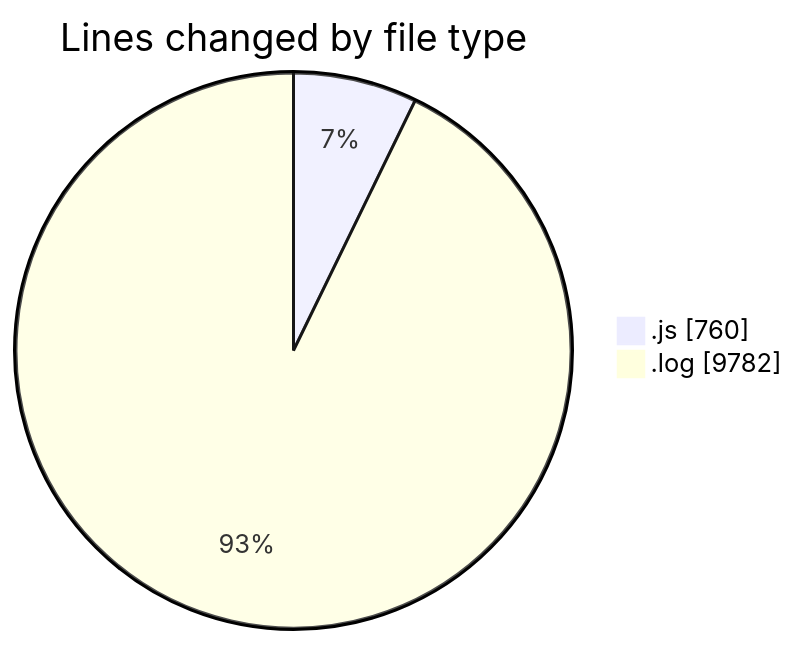
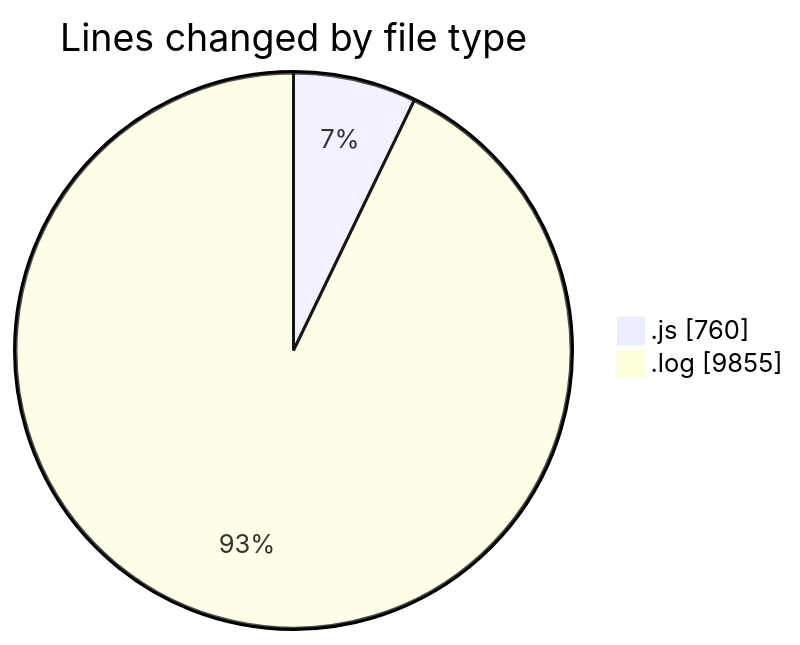
One commit to BS-eng2023/code-tracking changed the first of 2 diagrams in 2025-04-04/jsvms/README.md. Above: the diagram before and after it, drawn with Mermaid. The commit also changed other lines of this file and 1 other file, not shown here.

````diff
--- a/2025-04-04/jsvms/README.md
+++ b/2025-04-04/jsvms/README.md
@@ -28,6 +28,6 @@
 ```mermaid
 pie showData
 title Lines changed by file type
 ".js" : 760
-".log" : 9782
+".log" : 9855
 ```
````
